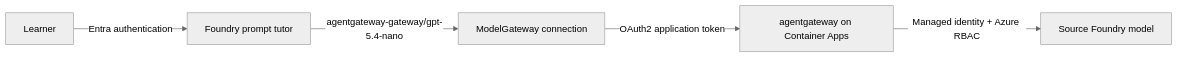
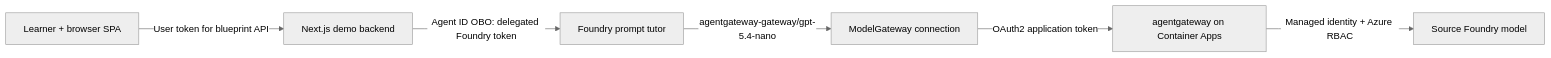
The first of 5 diagrams in README.md (ikhemissi/foundry-agent-with-agentgateway-gateway), drawn with Mermaid (neutral theme) before and after one commit. The commit also changed other lines of this file, not shown here.

First line of the commit message:
docs: refresh architecture and live validation status

````diff
--- a/README.md
+++ b/README.md
@@ -36,12 +44,14 @@
 ```mermaid
 flowchart LR
-    User["Learner"]
+    User["Learner + browser SPA"]
+    Backend["Next.js demo backend"]
     Tutor["Foundry prompt tutor"]
     Connection["ModelGateway connection"]
     Gateway["agentgateway on Container Apps"]
     Model["Source Foundry model"]
-    User -->|"Entra authentication"| Tutor
+    User -->|"User token for blueprint API"| Backend
+    Backend -->|"Agent ID OBO: delegated Foundry token"| Tutor
     Tutor -->|"agentgateway-gateway/gpt-5.4-nano"| Connection
     Connection -->|"OAuth2 application token"| Gateway
     Gateway -->|"Managed identity + Azure RBAC"| Model
 ```
````
